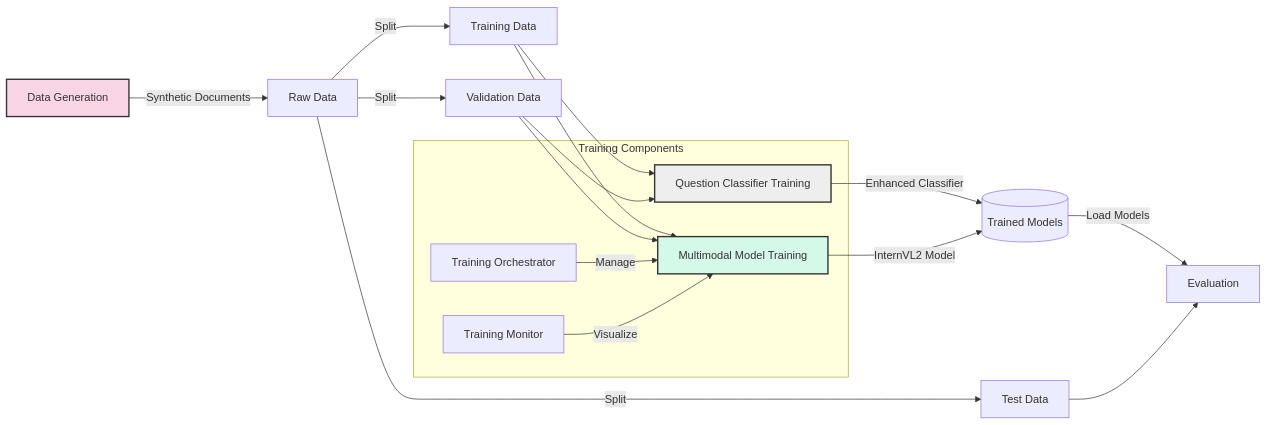
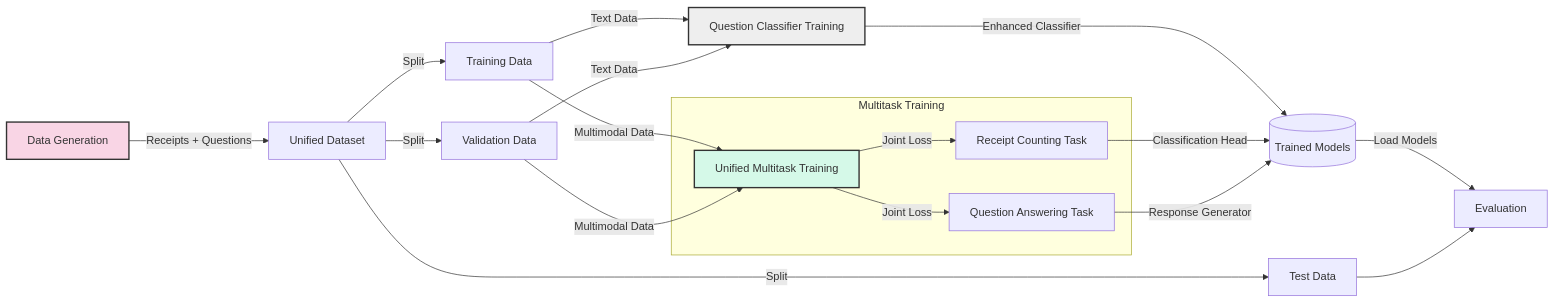
The second of 4 diagrams in README.md (tmnestor/InternVL_V2), drawn with Mermaid before and after one commit. The commit also changed other lines of this file and 57 other files, not shown here.

````diff
--- a/README.md
+++ b/README.md
@@ -47,32 +47,33 @@
 ```mermaid
 graph LR
-    DataGen[Data Generation] --> |Synthetic Documents| RawData[Raw Data]
-    RawData --> |Split| TrainData[Training Data]
-    RawData --> |Split| ValData[Validation Data]
-    RawData --> |Split| TestData[Test Data]
+    DataGen[Data Generation] --> |Receipts + Questions| UnifiedData[Unified Dataset]
+    UnifiedData --> |Split| TrainData[Training Data]
+    UnifiedData --> |Split| ValData[Validation Data]
+    UnifiedData --> |Split| TestData[Test Data]
     
-    TrainData --> ClassifierTraining[Question Classifier Training]
-    ValData --> ClassifierTraining
+    TrainData --> |Text Data| ClassifierTraining[Question Classifier Training]
+    ValData --> |Text Data| ClassifierTraining
     ClassifierTraining --> |Enhanced Classifier| Models[(Trained Models)]
     
-    TrainData --> MultimodalTraining[Multimodal Model Training]
-    ValData --> MultimodalTraining
-    MultimodalTraining --> |InternVL2 Model| Models
+    TrainData --> |Multimodal Data| UnifiedTraining[Unified Multitask Training]
+    ValData --> |Multimodal Data| UnifiedTraining
+    
+    UnifiedTraining --> |Joint Loss| ReceiptCount[Receipt Counting Task]
+    UnifiedTraining --> |Joint Loss| QA[Question Answering Task]
+    
+    ReceiptCount --> |Classification Head| Models
+    QA --> |Response Generator| Models
     
     Models --> |Load Models| Evaluation[Evaluation]
     TestData --> Evaluation
     
-    Orchestrator[Training Orchestrator] --> |Manage| MultimodalTraining
-    Monitor[Training Monitor] --> |Visualize| MultimodalTraining
-    
-    subgraph Training Components
-        ClassifierTraining
-        MultimodalTraining
-        Orchestrator
-        Monitor
+    subgraph Multitask Training
+        UnifiedTraining
+        ReceiptCount
+        QA
     end
     
     style DataGen fill:#f9d5e5,stroke:#333,stroke-width:2px
-    style MultimodalTraining fill:#d5f9e8,stroke:#333,stroke-width:2px
+    style UnifiedTraining fill:#d5f9e8,stroke:#333,stroke-width:2px
     style ClassifierTraining fill:#eeeeee,stroke:#333,stroke-width:2px
 ```
````
